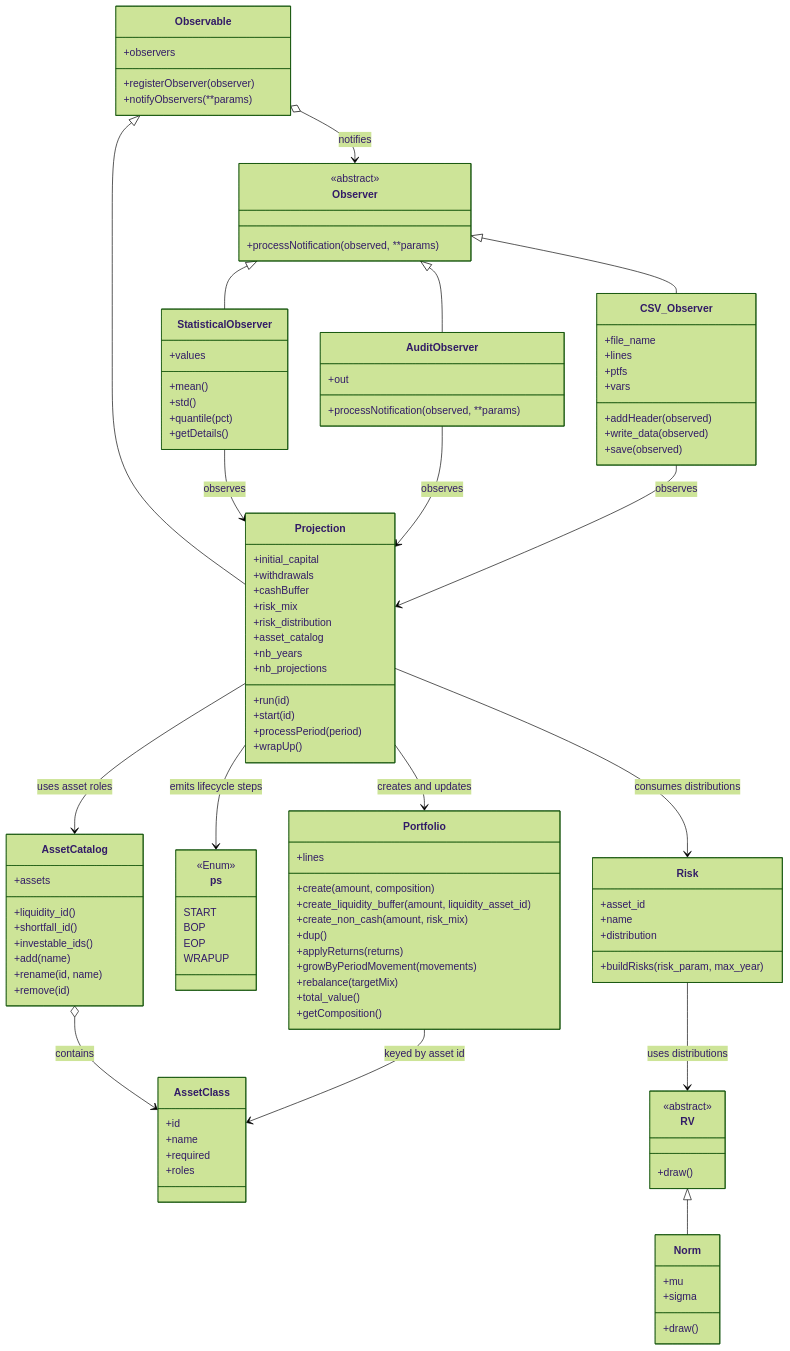
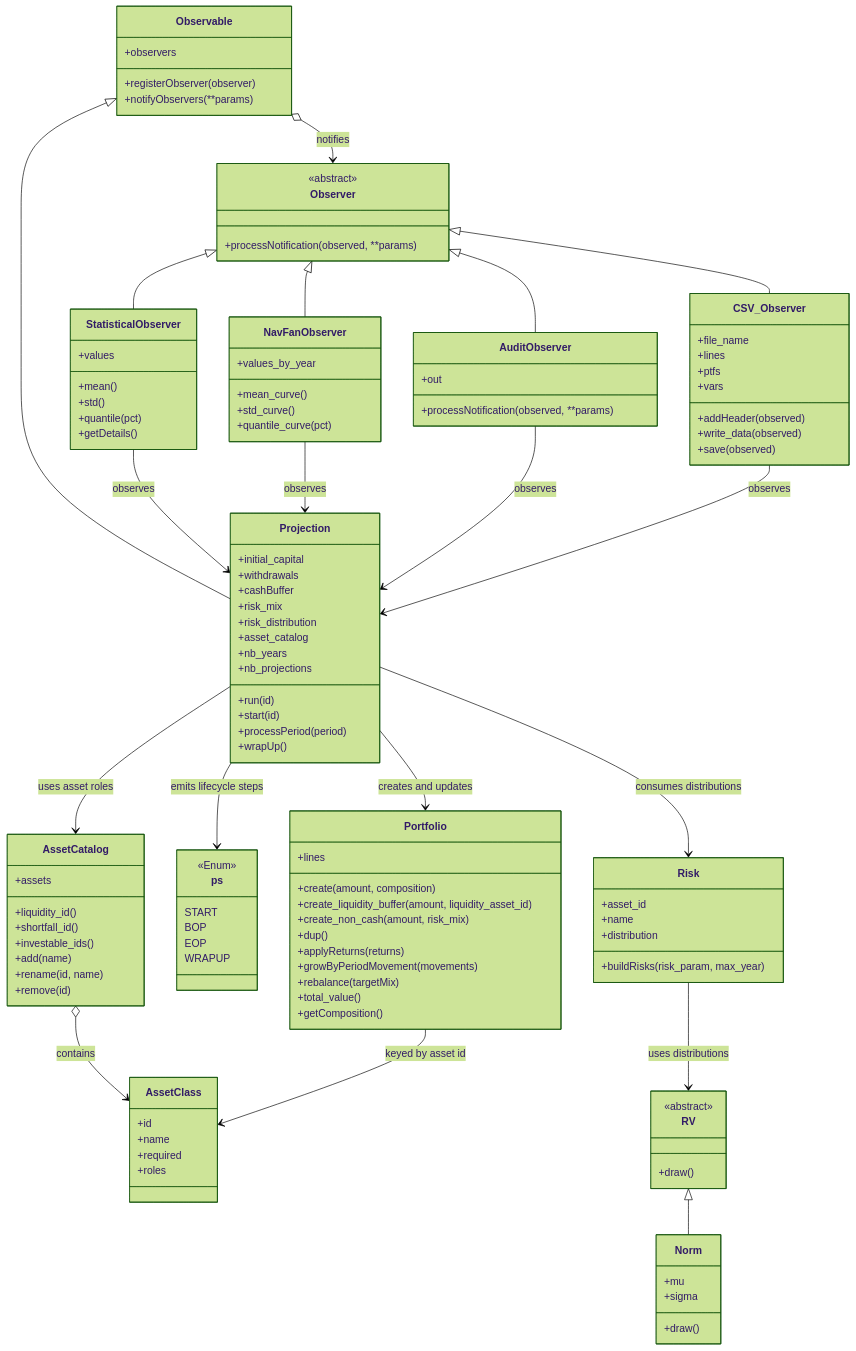
Before and after one commit to ajmscherer/finproj: the diagram in README.md, drawn with Mermaid (forest theme). The commit also changed other lines of this file and 3 other files, not shown here.

````diff
--- a/README.md
+++ b/README.md
@@ -287,6 +300,13 @@
       +getDetails()
     }
 
+    class NavFanObserver {
+      +values_by_year
+      +mean_curve()
+      +std_curve()
+      +quantile_curve(pct)
+    }
+
     class AuditObserver {
       +out
       +processNotification(observed, **params)
@@ -304,6 +324,7 @@
 
     RV <|-- Norm
     Observer <|-- StatisticalObserver
+    Observer <|-- NavFanObserver
     Observer <|-- AuditObserver
     Observer <|-- CSV_Observer
     Observable <|-- Projection
@@ -317,6 +338,7 @@
     Observable o--> Observer : notifies
     Portfolio --> AssetClass : keyed by asset id
     StatisticalObserver --> Projection : observes
+    NavFanObserver --> Projection : observes
     AuditObserver --> Projection : observes
     CSV_Observer --> Projection : observes
 ```
````
